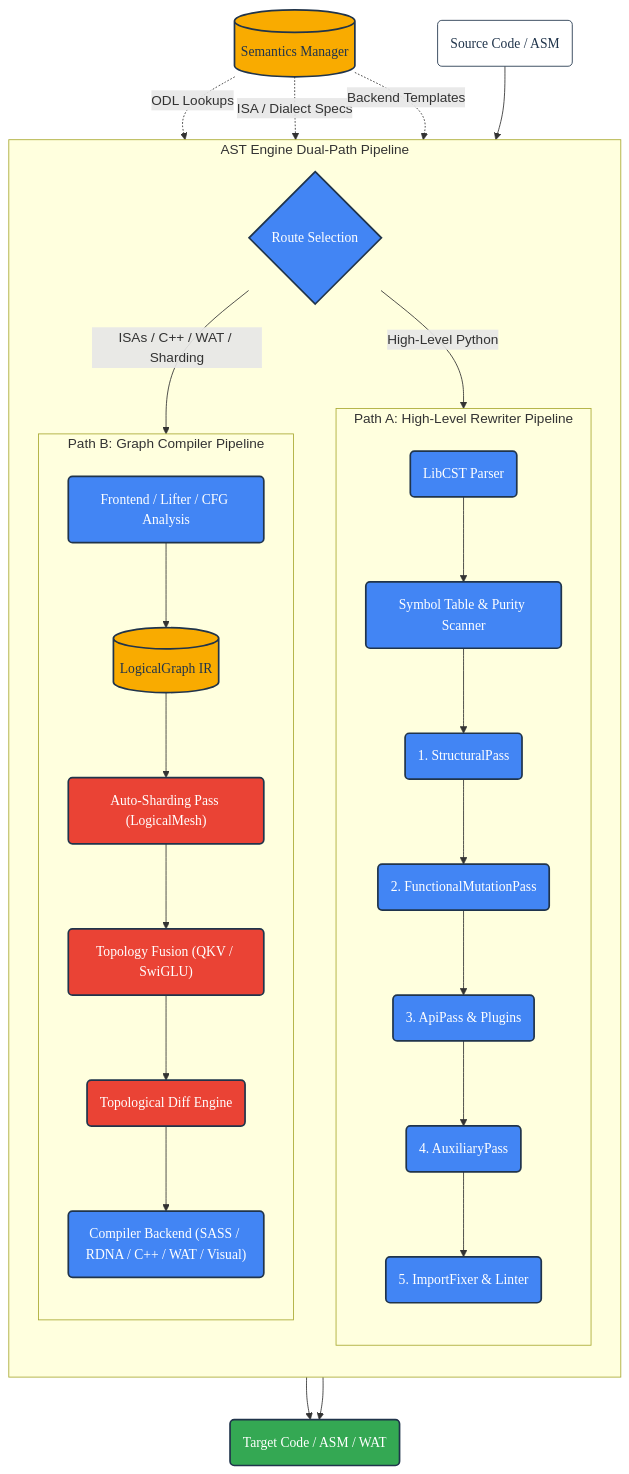
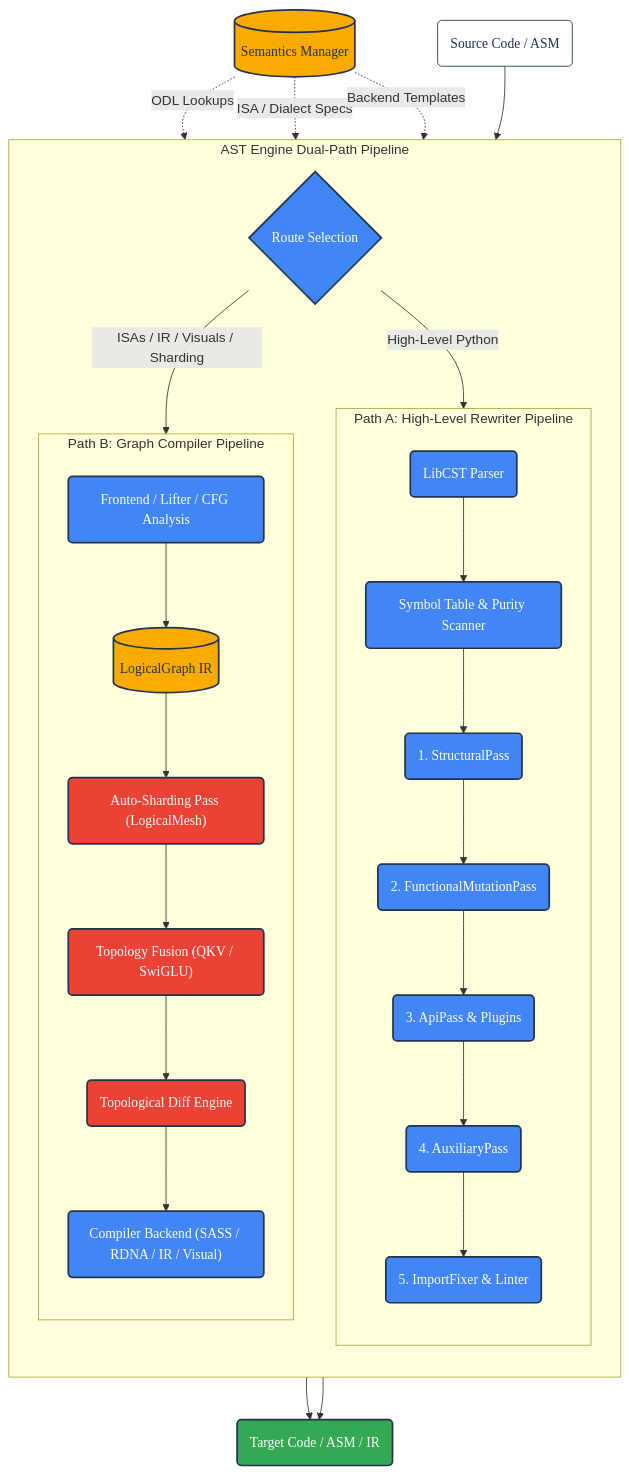
One commit to SamuelMarks/ml-switcheroo changed the second of 3 diagrams in ARCHITECTURE.md. Above: the diagram before and after it, drawn with Mermaid. The commit also changed other lines of this file and 801 other files, not shown here.

````diff
--- a/ARCHITECTURE.md
+++ b/ARCHITECTURE.md
@@ -111,59 +111,59 @@
 ```mermaid
 graph TD
     %% --- STYLE DEFINITIONS ---
     classDef default font-family:'Google Sans Normal',color:#20344b,stroke:#20344b;
     classDef artifact fill:#ffffff,stroke:#20344b,stroke-width:1px,color:#20344b,font-family:'Roboto Mono Normal',stroke-dasharray: 0;
     classDef process fill:#4285f4,stroke:#20344b,stroke-width:2px,color:#ffffff,font-family:'Google Sans Medium',rx:5px;
     classDef optimization fill:#ea4335,stroke:#20344b,stroke-width:2px,color:#ffffff,font-family:'Google Sans Medium',rx:5px;
     classDef kb fill:#f9ab00,stroke:#20344b,stroke-width:2px,color:#20344b,font-family:'Google Sans Medium',rx:5px;
     classDef plugin fill:#57caff,stroke:#20344b,stroke-width:2px,color:#20344b,font-family:'Google Sans Medium',rx:5px;
     classDef output fill:#34a853,stroke:#20344b,stroke-width:2px,color:#ffffff,font-family:'Google Sans Medium',rx:5px;
 
     SRC("Source Code / ASM"):::artifact
 
     subgraph ENGINE [AST Engine Dual-Path Pipeline]
         direction TB
         ROUTE{"Route Selection"}:::process
 
         %% --- REWRITER PATH ---
         subgraph REWRITER_ROUTE [Path A: High-Level Rewriter Pipeline]
             direction TB
             LIBCST("LibCST Parser"):::process
             SYMBOLS("Symbol Table & Purity Scanner"):::process
             PASS_STRUCT("1. StructuralPass"):::process
             PASS_MUT("2. FunctionalMutationPass"):::process
             PASS_API("3. ApiPass & Plugins"):::process
             PASS_AUX("4. AuxiliaryPass"):::process
             FIXER("5. ImportFixer & Linter"):::process
 
             LIBCST --> SYMBOLS --> PASS_STRUCT --> PASS_MUT --> PASS_API --> PASS_AUX --> FIXER
         end
 
         %% --- COMPILER PATH ---
         subgraph COMPILER_ROUTE [Path B: Graph Compiler Pipeline]
             direction TB
             FRONTEND("Frontend / Lifter / CFG Analysis"):::process
             GRAPH[("LogicalGraph IR")]:::kb
             SHARDING("Auto-Sharding Pass (LogicalMesh)"):::optimization
             FUSION("Topology Fusion (QKV / SwiGLU)"):::optimization
             DIFFER("Topological Diff Engine"):::optimization
-            BACKEND("Compiler Backend (SASS / RDNA / C++ / WAT / Visual)"):::process
+            BACKEND("Compiler Backend (SASS / RDNA / IR / Visual)"):::process
 
             FRONTEND --> GRAPH --> SHARDING --> FUSION --> DIFFER --> BACKEND
         end
 
         ROUTE -->|"High-Level Python"| REWRITER_ROUTE
-        ROUTE -->|"ISAs / C++ / WAT / Sharding"| COMPILER_ROUTE
+        ROUTE -->|"ISAs / IR / Visuals / Sharding"| COMPILER_ROUTE
     end
 
     KB_SERVER[("Semantics Manager")]:::kb
     KB_SERVER -.->|"ODL Lookups"| PASS_API
     KB_SERVER -.->|"ISA / Dialect Specs"| FRONTEND
     KB_SERVER -.->|"Backend Templates"| BACKEND
 
-    TARGET_OUT("Target Code / ASM / WAT"):::output
+    TARGET_OUT("Target Code / ASM / IR"):::output
 
     SRC --> ROUTE
     FIXER --> TARGET_OUT
     BACKEND --> TARGET_OUT
 ```
````
